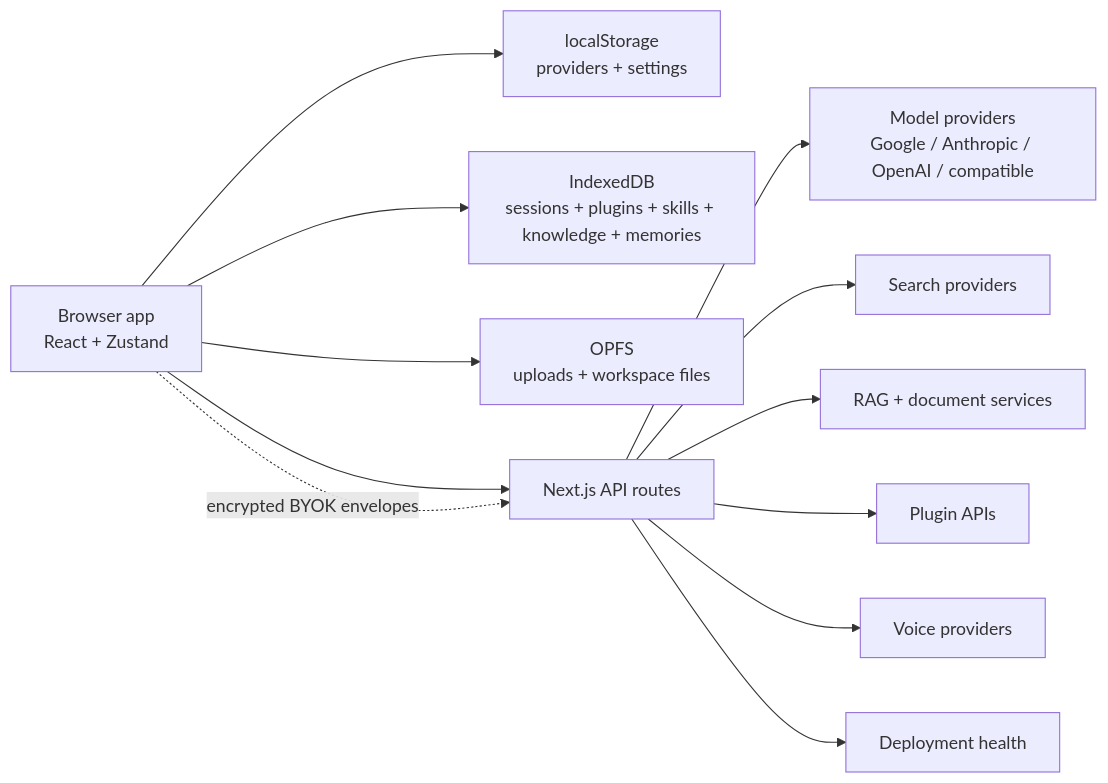
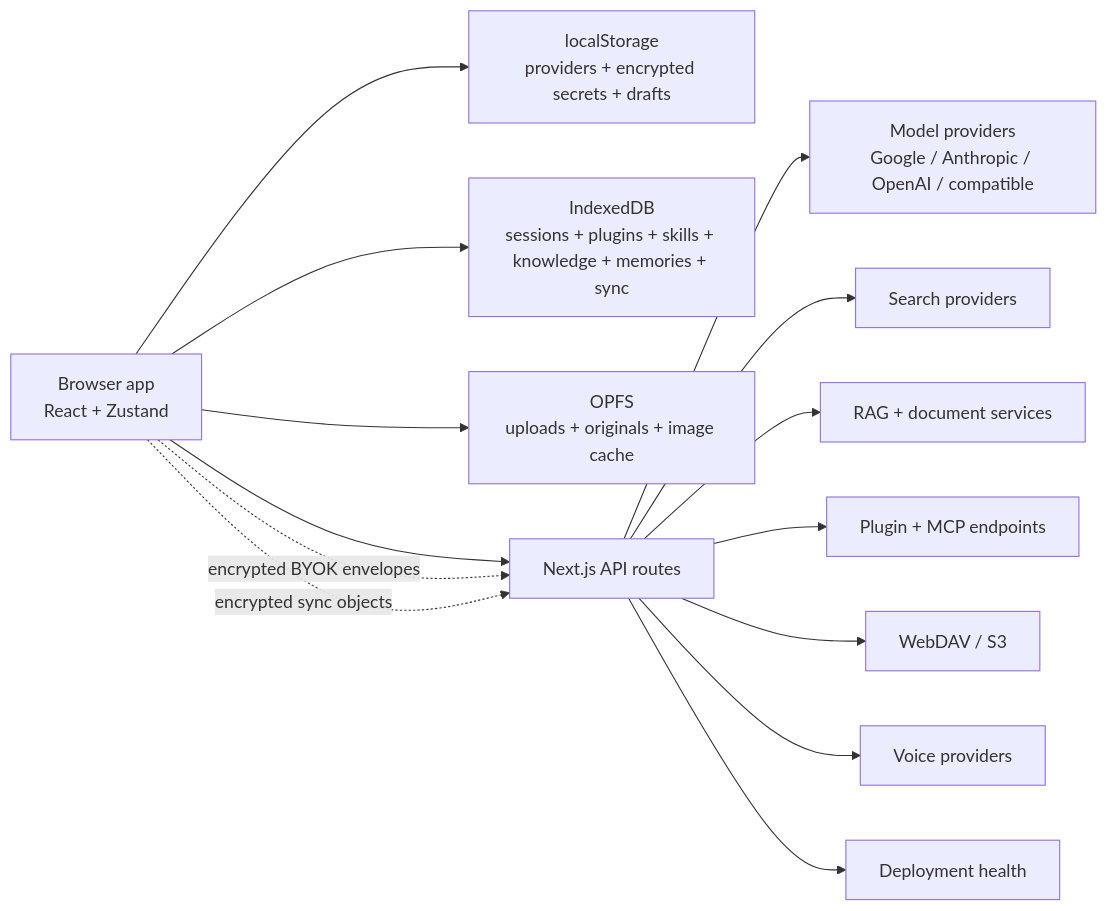
Before and after one commit to ok5288/TalkWithGemini: the diagram in README.md, drawn with Mermaid. The commit also changed other lines of this file and 4 other files, not shown here.

````diff
--- a/README.md
+++ b/README.md
@@ -377,14 +417,16 @@
 ```mermaid
 flowchart LR
-  Browser["Browser app\nReact + Zustand"] --> LocalStorage["localStorage\nproviders + settings"]
-  Browser --> IndexedDB["IndexedDB\nsessions + plugins + skills + knowledge + memories"]
-  Browser --> OPFS["OPFS\nuploads + workspace files"]
+  Browser["Browser app\nReact + Zustand"] --> LocalStorage["localStorage\nproviders + encrypted secrets + drafts"]
+  Browser --> IndexedDB["IndexedDB\nsessions + plugins + skills + knowledge + memories + sync"]
+  Browser --> OPFS["OPFS\nuploads + originals + image cache"]
   Browser --> ApiRoutes["Next.js API routes"]
   ApiRoutes --> Providers["Model providers\nGoogle / Anthropic / OpenAI / compatible"]
   ApiRoutes --> Search["Search providers"]
   ApiRoutes --> Rag["RAG + document services"]
-  ApiRoutes --> Plugins["Plugin APIs"]
+  ApiRoutes --> Plugins["Plugin + MCP endpoints"]
+  ApiRoutes --> Sync["WebDAV / S3"]
   ApiRoutes --> Voice["Voice providers"]
   ApiRoutes --> Health["Deployment health"]
   Browser -. encrypted BYOK envelopes .-> ApiRoutes
+  Browser -. encrypted sync objects .-> ApiRoutes
 ```
````
